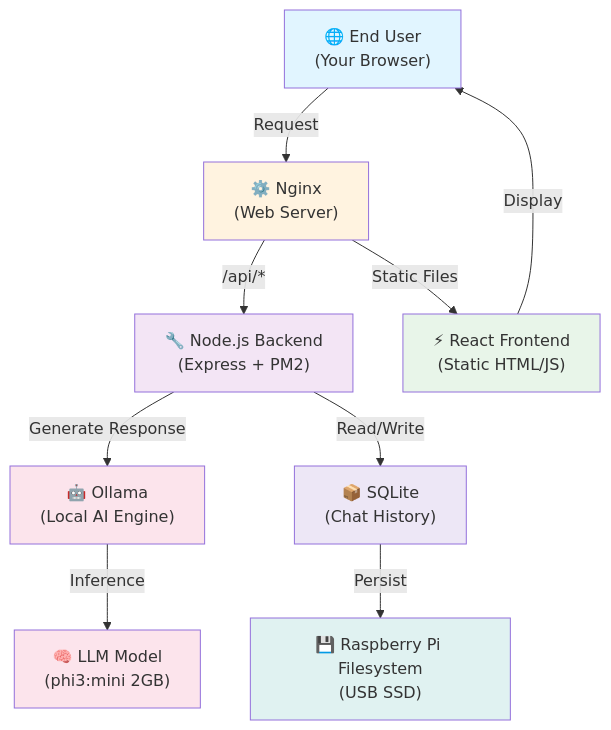
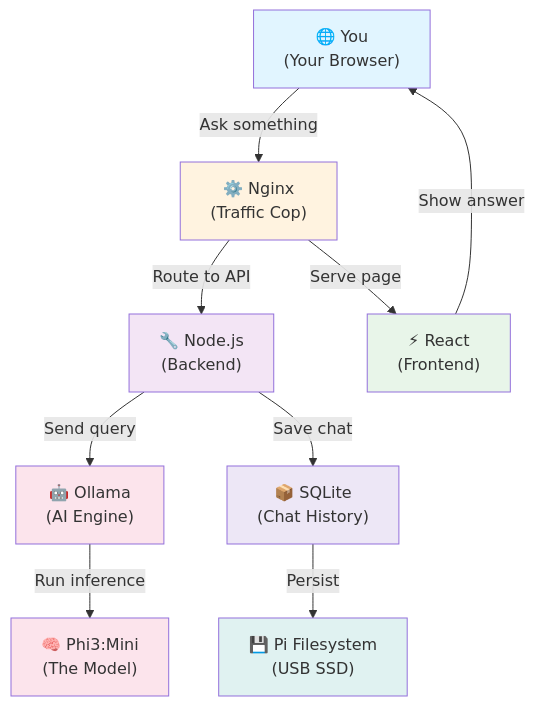
Before and after one commit to veeresh-bikkaneti/techtalkwith-veeresh: the diagram in _posts/2026-08-30-self-hosted-ai-chatbot-raspberry-pi-5.md, drawn with Mermaid. The commit also changed other lines of this file, not shown here.

First line of the commit message:
Rewrite Raspberry Pi post with expanded troubleshooting and Cloudflare Tunnel steps

````diff
--- a/_posts/2026-08-30-self-hosted-ai-chatbot-raspberry-pi-5.md
+++ b/_posts/2026-08-30-self-hosted-ai-chatbot-raspberry-pi-5.md
@@ -21,29 +21,29 @@
 ```mermaid
 graph TB
-    User["🌐 End User<br/>(Your Browser)"]
-    Nginx["⚙️ Nginx<br/>(Web Server)"]
-    Backend["🔧 Node.js Backend<br/>(Express + PM2)"]
-    React["⚡ React Frontend<br/>(Static HTML/JS)"]
-    Ollama["🤖 Ollama<br/>(Local AI Engine)"]
-    Model["🧠 LLM Model<br/>(phi3:mini 2GB)"]
+    User["🌐 You<br/>(Your Browser)"]
+    Nginx["⚙️ Nginx<br/>(Traffic Cop)"]
+    Backend["🔧 Node.js<br/>(Backend)"]
+    React["⚡ React<br/>(Frontend)"]
+    Ollama["🤖 Ollama<br/>(AI Engine)"]
+    Model["🧠 Phi3:Mini<br/>(The Model)"]
     SQLite["📦 SQLite<br/>(Chat History)"]
-    Filesystem["💾 Raspberry Pi Filesystem<br/>(USB SSD)"]
+    Filesystem["💾 Pi Filesystem<br/>(USB SSD)"]
 
-    User -->|Request| Nginx
-    Nginx -->|/api/*| Backend
-    Nginx -->|Static Files| React
-    Backend -->|Generate Response| Ollama
-    Ollama -->|Inference| Model
-    Backend -->|Read/Write| SQLite
-    SQLite -->|Persist| Filesystem
-    React -->|Display| User
+    User -->|"Ask something"| Nginx
+    Nginx -->|"Route to API"| Backend
+    Nginx -->|"Serve page"| React
+    Backend -->|"Send query"| Ollama
+    Ollama -->|"Run inference"| Model
+    Backend -->|"Save chat"| SQLite
+    SQLite -->|"Persist"| Filesystem
+    React -->|"Show answer"| User
 
     style User fill:#e1f5ff
     style Nginx fill:#fff3e0
     style Backend fill:#f3e5f5
     style React fill:#e8f5e9
     style Ollama fill:#fce4ec
     style Model fill:#fce4ec
     style SQLite fill:#ede7f6
     style Filesystem fill:#e0f2f1
 ```
````
